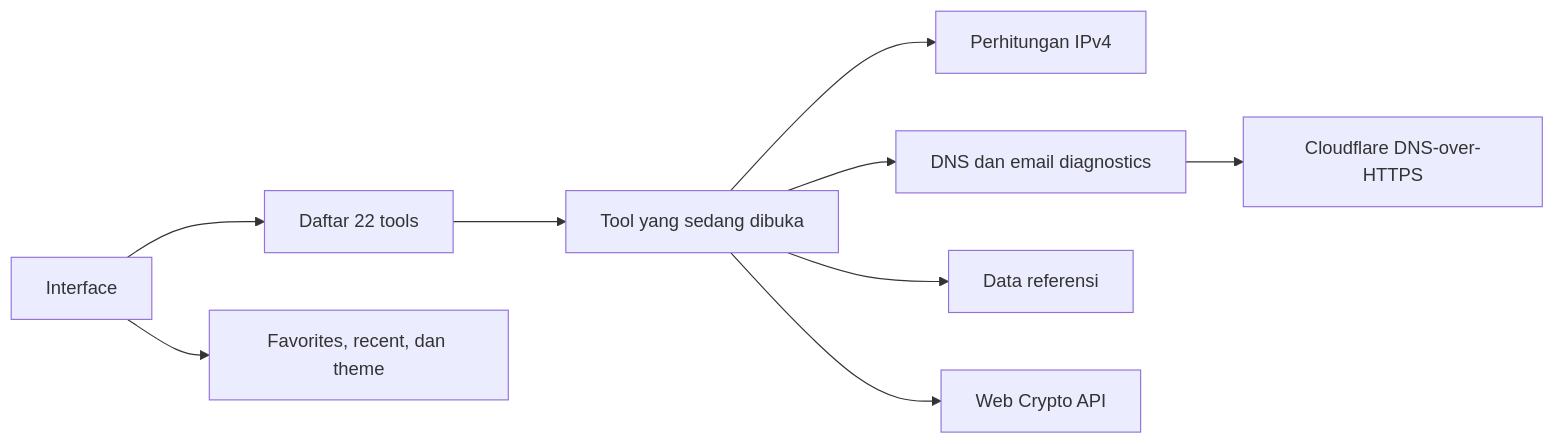
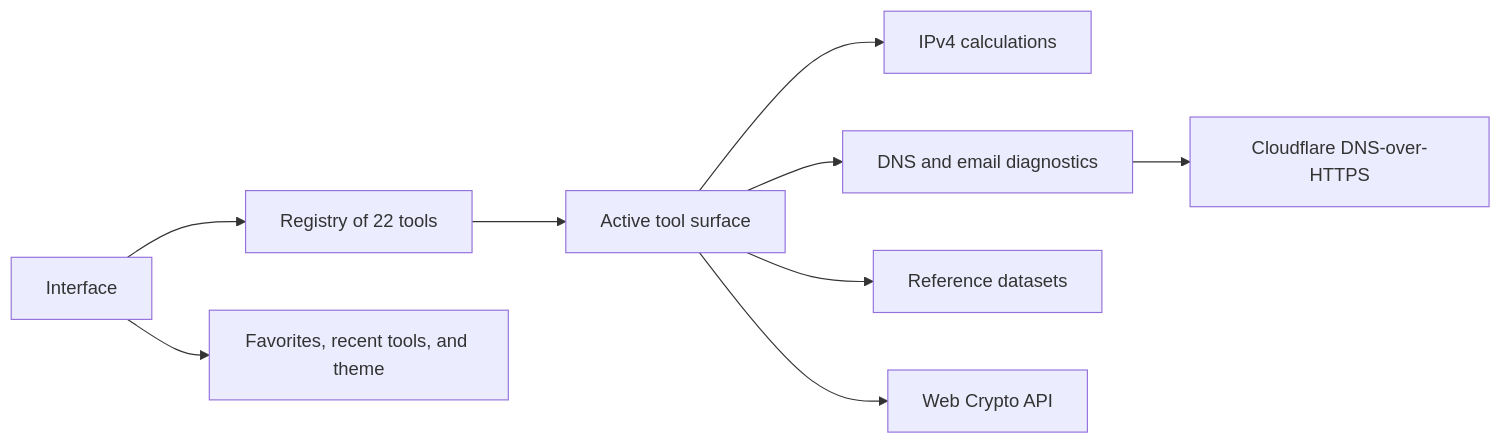
One commit to 0x000TheNULL/Net-Tools changed the diagram in README.md. Above: the diagram before and after it, drawn with Mermaid. The commit also changed other lines of this file, not shown here.

````diff
--- a/README.md
+++ b/README.md
@@ -138,11 +138,11 @@
 ```mermaid
 flowchart LR
-    UI[Interface] --> Registry[Daftar 22 tools]
-    Registry --> Surface[Tool yang sedang dibuka]
-    Surface --> Network[Perhitungan IPv4]
-    Surface --> DNS[DNS dan email diagnostics]
-    Surface --> Reference[Data referensi]
+    UI[Interface] --> Registry[Registry of 22 tools]
+    Registry --> Surface[Active tool surface]
+    Surface --> Network[IPv4 calculations]
+    Surface --> DNS[DNS and email diagnostics]
+    Surface --> Reference[Reference datasets]
     Surface --> Crypto[Web Crypto API]
     DNS --> DoH[Cloudflare DNS-over-HTTPS]
-    UI --> LocalStorage[Favorites, recent, dan theme]
+    UI --> LocalStorage[Favorites, recent tools, and theme]
 ```
````
